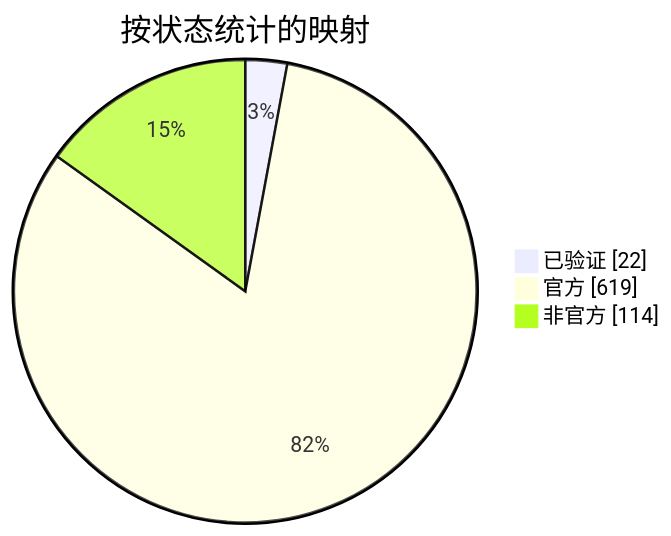
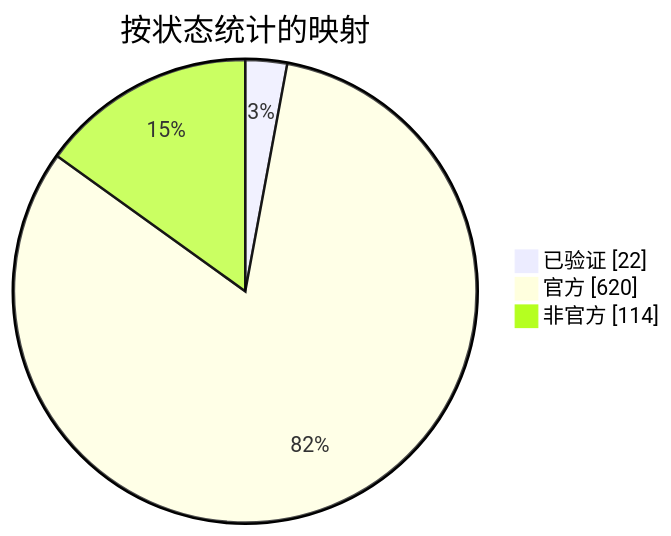
Before and after one commit to nobrega8/mbmap-library: the diagram in docs/readme/README_ZHS.md, drawn with Mermaid. The commit also changed 6 other files, not shown here.

````diff
--- a/docs/readme/README_ZHS.md
+++ b/docs/readme/README_ZHS.md
@@ -54,7 +54,7 @@
 ```mermaid
 pie showData
     title 按状态统计的映射
     "已验证" : 22
-    "官方" : 619
+    "官方" : 620
     "非官方" : 114
 ```
````
